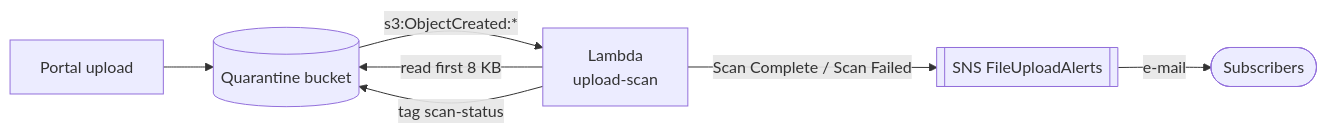
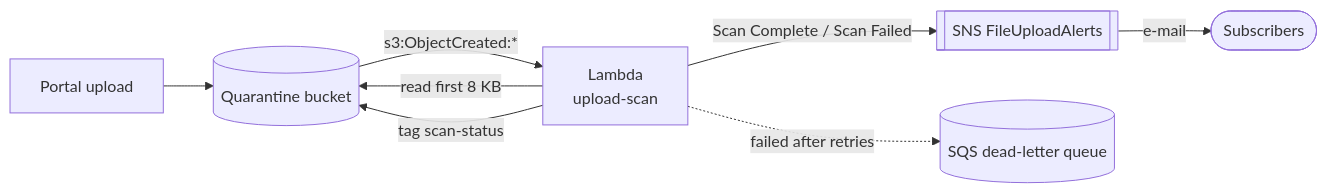
The first of 2 diagrams in README.md (Mighiana/Cloud-Based-Secure-File-Management-System), drawn with Mermaid before and after one commit. The commit also changed other lines of this file and 20 other files, not shown here.

Commit message:
Docs/Terraform: in-process worker uses the web role (no separate validator role), SQS only as Lambda DLQ, scoped IAM wording, no hard-coded test counts; admin dashboard: pipeline bar, state tiles with filtered file list, validation queue, controls panel

````diff
--- a/README.md
+++ b/README.md
@@ -109,9 +109,10 @@
 ```mermaid
 flowchart LR
     APP[Portal upload] --> S3[(Quarantine bucket)]
     S3 -->|s3:ObjectCreated:*| L[Lambda<br/>upload-scan]
     L -->|read first 8 KB| S3
     L -->|tag scan-status| S3
     L -->|Scan Complete / Scan Failed| SNS[[SNS FileUploadAlerts]]
     SNS -->|e-mail| SUB([Subscribers])
+    L -.->|failed after retries| DLQ[(SQS dead-letter queue)]
 ```
````
